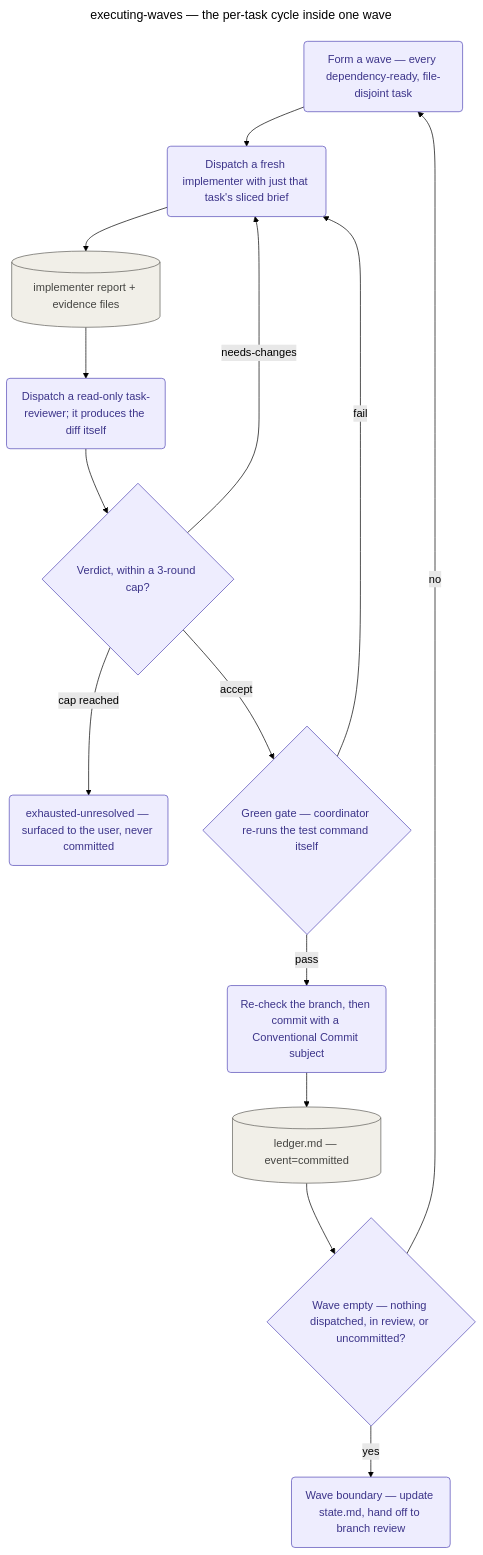
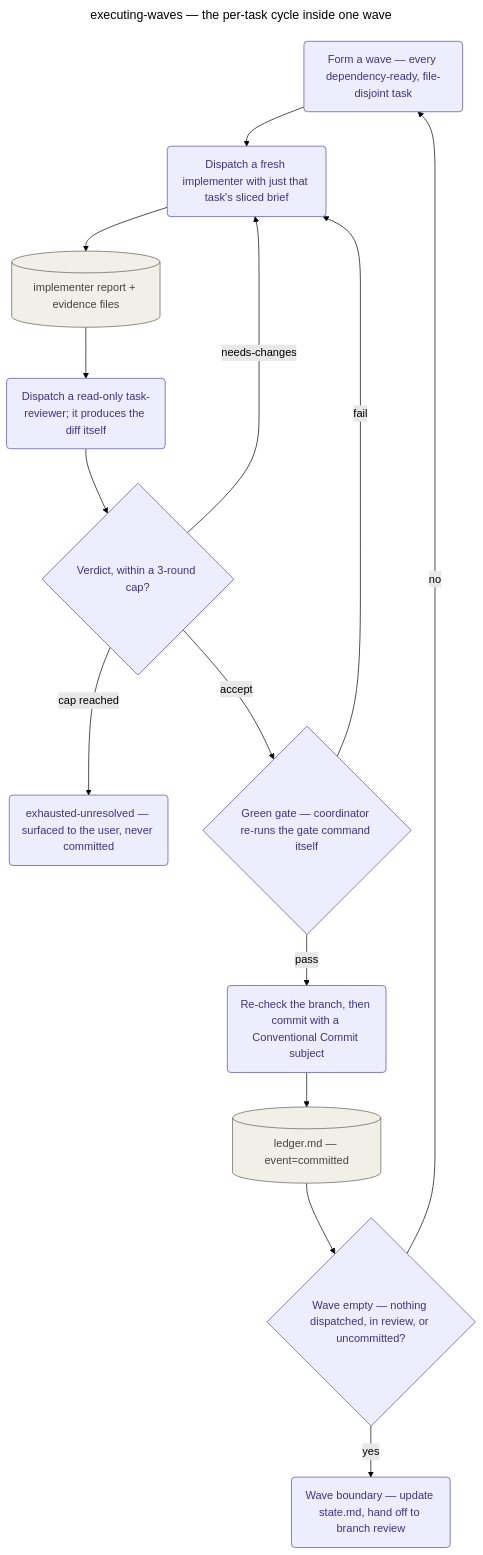
One commit to KonstantinRoehrl/devcycle changed the diagram in docs/playbooks/executing-waves/README.md. Above: the diagram before and after it, drawn with Mermaid (forest theme). The commit also changed other lines of this file and 10 other files, not shown here.

````diff
--- a/docs/playbooks/executing-waves/README.md
+++ b/docs/playbooks/executing-waves/README.md
@@ -60,25 +60,25 @@
 ```mermaid
 ---
 title: executing-waves — the per-task cycle inside one wave
 accDescr: Playbook-internal flowchart of one task's execution cycle, from wave formation through implementer dispatch, reviewer verdict with a bounded round loop, the coordinator's own green-gate re-run, commit, and the wave-boundary trigger that hands off to branch review.
 ---
 flowchart TD
     FORM("Form a wave — every dependency-ready, file-disjoint task"):::stage
     FORM --> DISPATCH("Dispatch a fresh implementer with just that task's sliced brief"):::stage
     DISPATCH --> RPT[("implementer report + evidence files")]:::structural
     RPT --> REVIEW("Dispatch a read-only task-reviewer; it produces the diff itself"):::stage
     REVIEW --> VERDICT{"Verdict, within a 3-round cap?"}:::stage
     VERDICT -->|needs-changes| DISPATCH
     VERDICT -->|"cap reached"| EXHAUSTED("exhausted-unresolved — surfaced to the user, never committed"):::stage
-    VERDICT -->|accept| GATE{"Green gate — coordinator re-runs the test command itself"}:::stage
+    VERDICT -->|accept| GATE{"Green gate — coordinator re-runs the gate command itself"}:::stage
     GATE -->|fail| DISPATCH
     GATE -->|pass| COMMIT("Re-check the branch, then commit with a Conventional Commit subject"):::stage
     COMMIT --> LEDGER[("ledger.md — event=committed")]:::structural
     LEDGER --> BOUNDARY{"Wave empty — nothing dispatched, in review, or uncommitted?"}:::stage
     BOUNDARY -->|no| FORM
     BOUNDARY -->|yes| HANDOFF("Wave boundary — update state.md, hand off to branch review"):::stage
 
     classDef stage fill:#EEEDFE,stroke:#534AB7,color:#3C3489;
     classDef tool fill:#E1F5EE,stroke:#0F6E56,color:#085041,stroke-dasharray:5 5;
     classDef structural fill:#F1EFE8,stroke:#5F5E5A,color:#444441;
 ```
````
